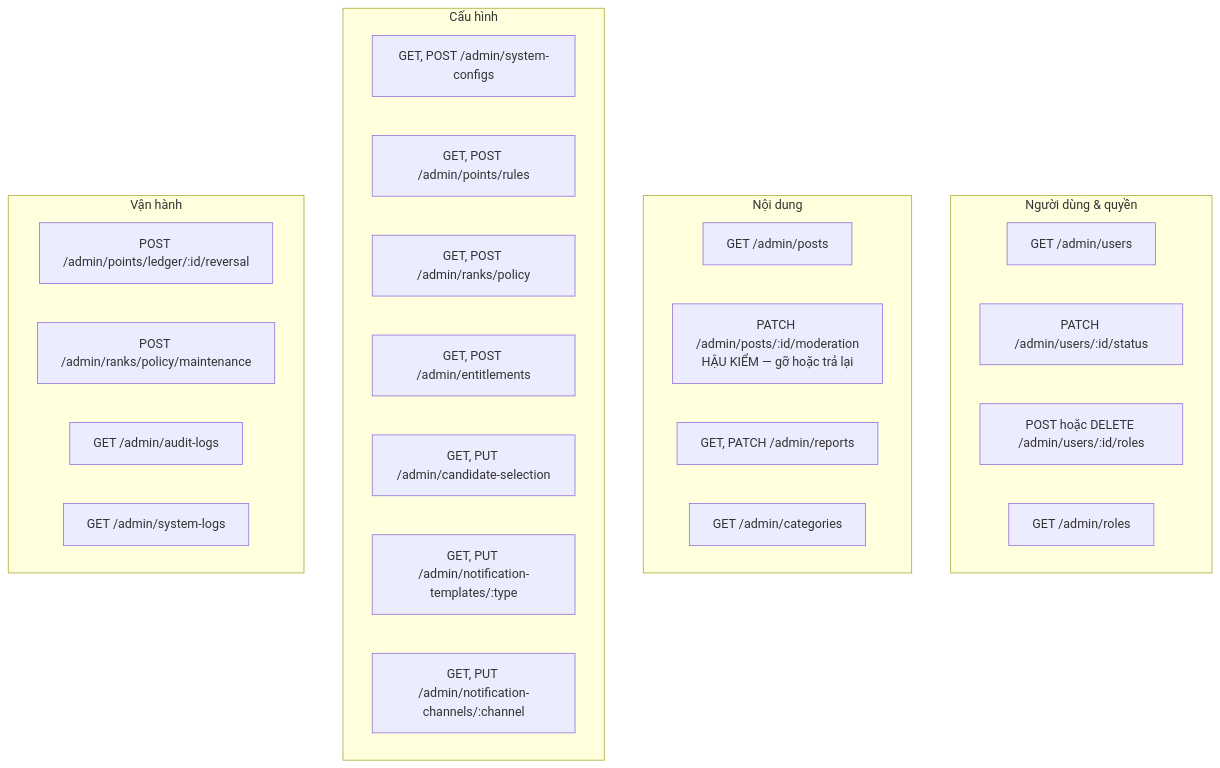
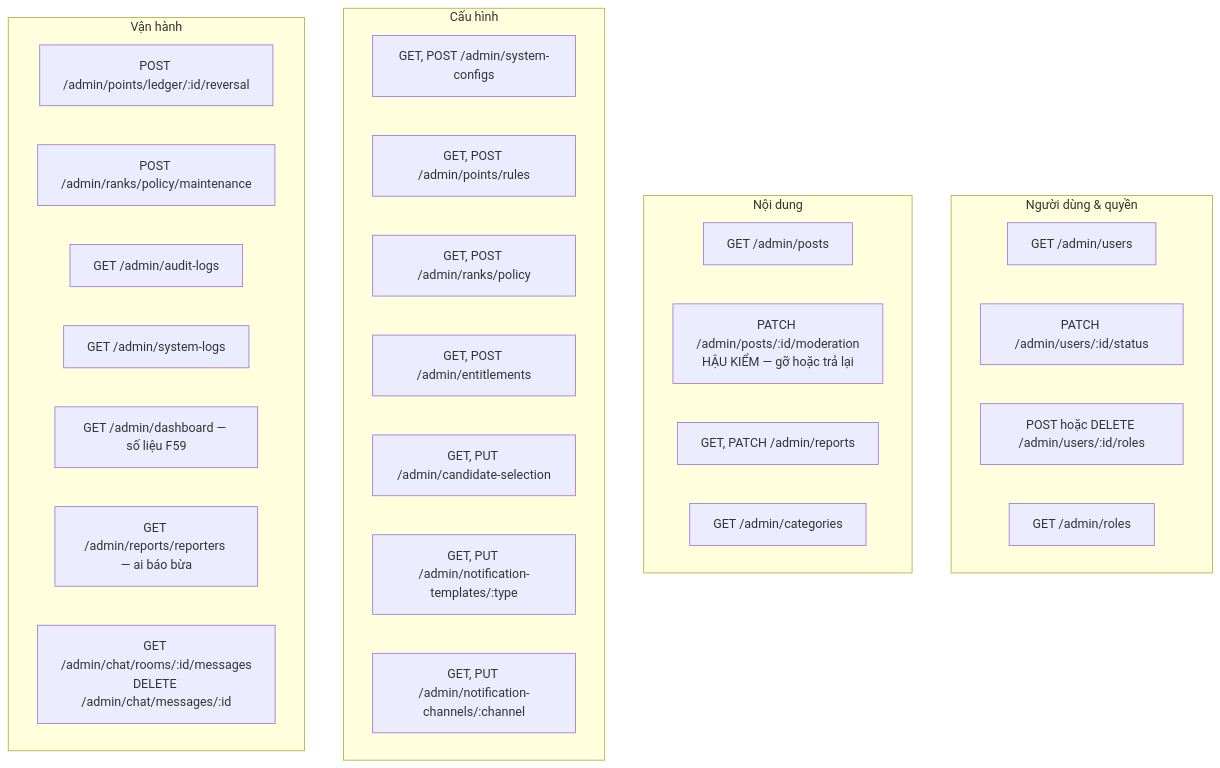
One commit to fdshn/trueheart changed the fourth of 5 diagrams in docs/diagram/16-admin.md. Above: the diagram before and after it, drawn with Mermaid. The commit also changed other lines of this file and 21 other files, not shown here.

First line of the commit message:
feat(admin): nạp từ cho bộ lọc chưa từng chạy, seed khoá cấu hình còn thiếu, thêm dashboard

````diff
--- a/docs/diagram/16-admin.md
+++ b/docs/diagram/16-admin.md
@@ -88,30 +128,33 @@
 ```mermaid
 flowchart TD
     subgraph Người["Người dùng & quyền"]
         A1["GET /admin/users"]
         A2["PATCH /admin/users/:id/status"]
         A3["POST hoặc DELETE /admin/users/:id/roles"]
         A4["GET /admin/roles"]
     end
     subgraph Nội["Nội dung"]
         B1["GET /admin/posts"]
         B2["PATCH /admin/posts/:id/moderation<br/>HẬU KIỂM — gỡ hoặc trả lại"]
         B3["GET, PATCH /admin/reports"]
         B4["GET /admin/categories"]
     end
     subgraph Cấu["Cấu hình"]
         C1["GET, POST /admin/system-configs"]
         C2["GET, POST /admin/points/rules"]
         C3["GET, POST /admin/ranks/policy"]
         C4["GET, POST /admin/entitlements"]
         C5["GET, PUT /admin/candidate-selection"]
         C6["GET, PUT /admin/notification-templates/:type"]
         C7["GET, PUT /admin/notification-channels/:channel"]
     end
     subgraph Vận["Vận hành"]
         D1["POST /admin/points/ledger/:id/reversal"]
         D2["POST /admin/ranks/policy/maintenance"]
         D3["GET /admin/audit-logs"]
         D4["GET /admin/system-logs"]
+        D5["GET /admin/dashboard — số liệu F59"]
+        D6["GET /admin/reports/reporters — ai báo bừa"]
+        D7["GET /admin/chat/rooms/:id/messages<br/>DELETE /admin/chat/messages/:id"]
     end
 ```
````
